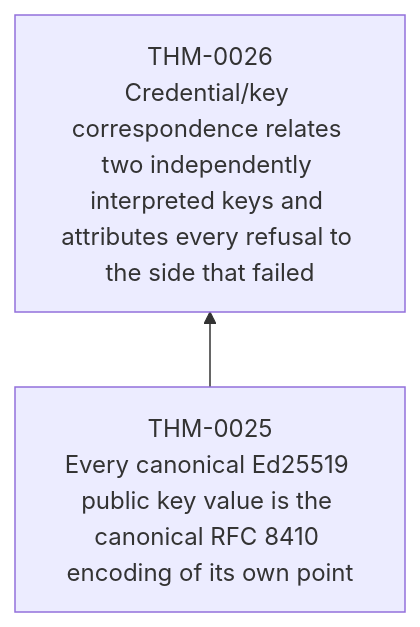
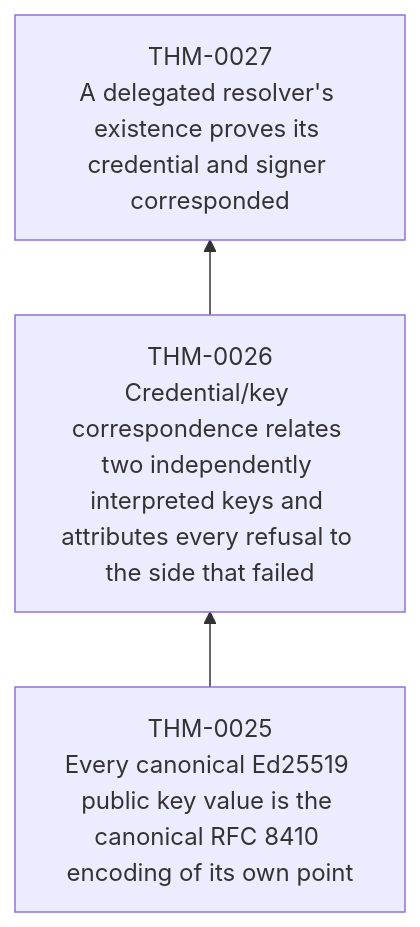
One commit to matssun/mcp-re changed diagram 11 of 11 in verification/generated/theorem-dependencies.md. Above: the diagram before and after it, drawn with Mermaid. The commit also changed 15 other files, not shown here.

First line of the commit message:
feat(communication-assurance): correspondence gates delegated resolver construction (MCPRE-158)

````diff
--- a/verification/generated/theorem-dependencies.md
+++ b/verification/generated/theorem-dependencies.md
@@ -115,6 +115,8 @@
 ```mermaid
 graph BT
     THM_0025["THM-0025<br/>Every canonical Ed25519 public key value is the canonical RFC 8410 encoding of its own point"]
     THM_0026["THM-0026<br/>Credential/key correspondence relates two independently interpreted keys and attributes every refusal to the side that failed"]
+    THM_0027["THM-0027<br/>A delegated resolver's existence proves its credential and signer corresponded"]
     THM_0025 --> THM_0026
+    THM_0026 --> THM_0027
 ```
````
